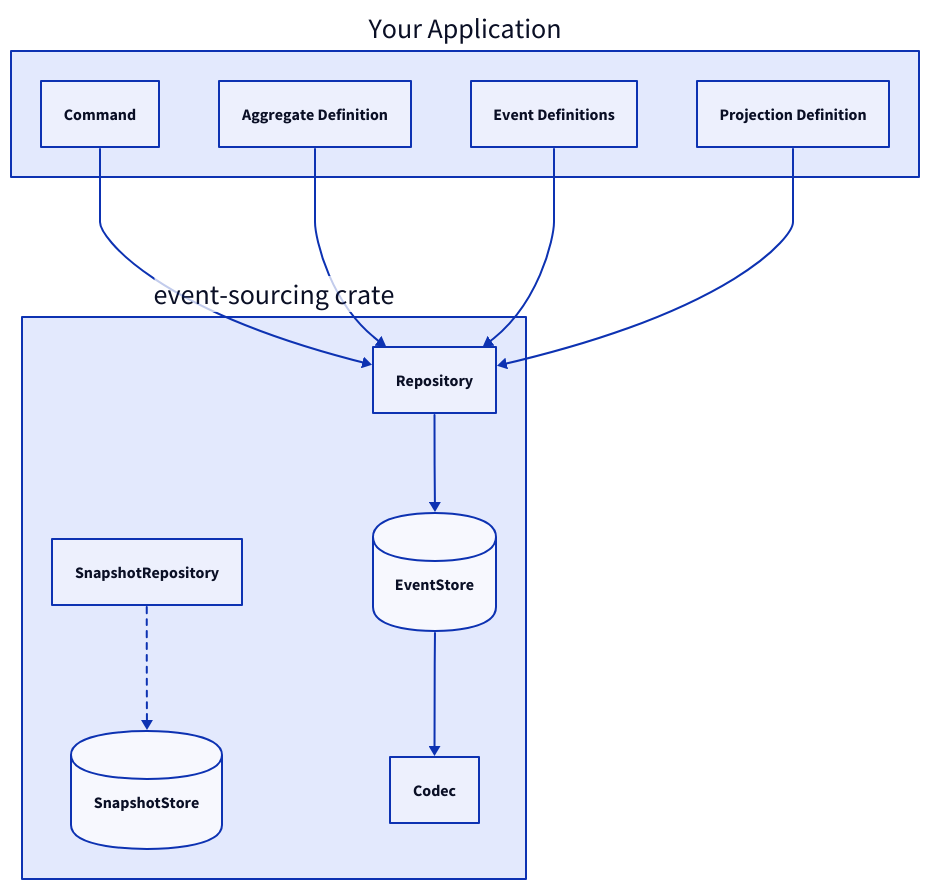
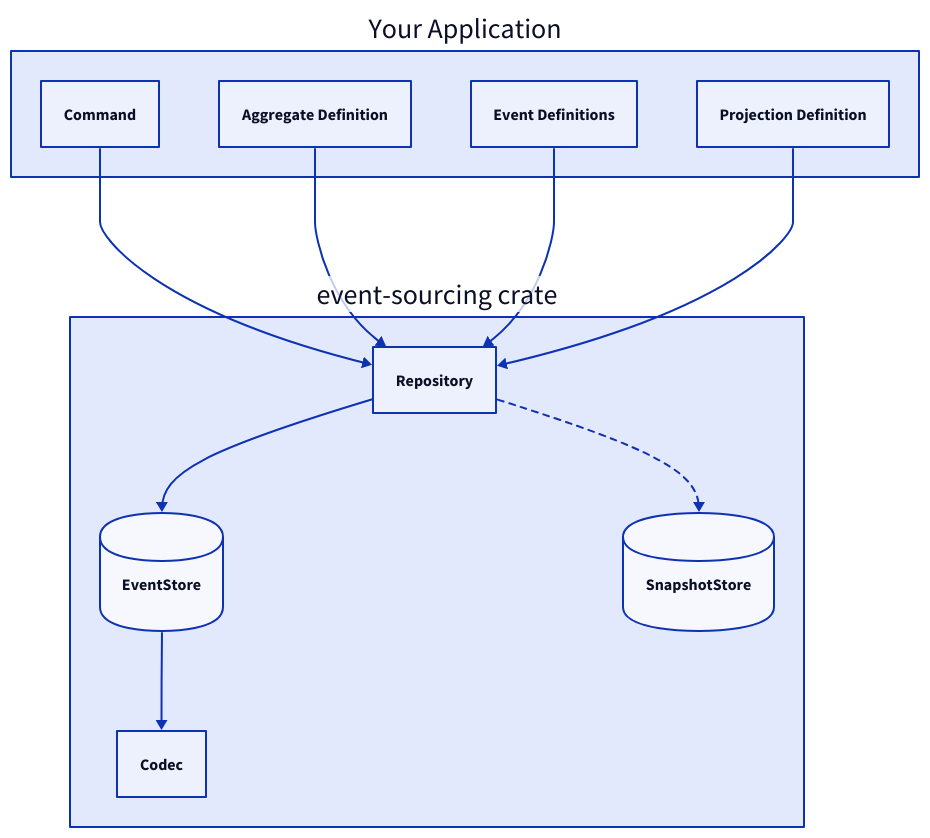
The first of 4 diagrams in docs/src/concepts/architecture.md (danieleades/event-sourcing), drawn with D2 before and after one commit. The commit also changed other lines of this file and 42 other files, not shown here.

````diff
--- a/docs/src/concepts/architecture.md
+++ b/docs/src/concepts/architecture.md
@@ -7,25 +7,24 @@
 ```d2
 App: "Your Application" {
   Command
   Aggregate Definition
   Event Definitions
   Projection Definition
 }
 
 Crate: "event-sourcing crate" {
   Repository
-  SnapshotRepository
   EventStore {shape: cylinder}
   SnapshotStore {shape: cylinder}
   Codec
 
   Repository -> EventStore
-  SnapshotRepository -> SnapshotStore: {style.stroke-dash: 3}
+  Repository -> SnapshotStore: {style.stroke-dash: 3}
   EventStore -> Codec
 }
 
 App.Command -> Crate.Repository
 App.Aggregate Definition -> Crate.Repository
 App.Event Definitions -> Crate.Repository
 App.Projection Definition -> Crate.Repository
 ```
````
